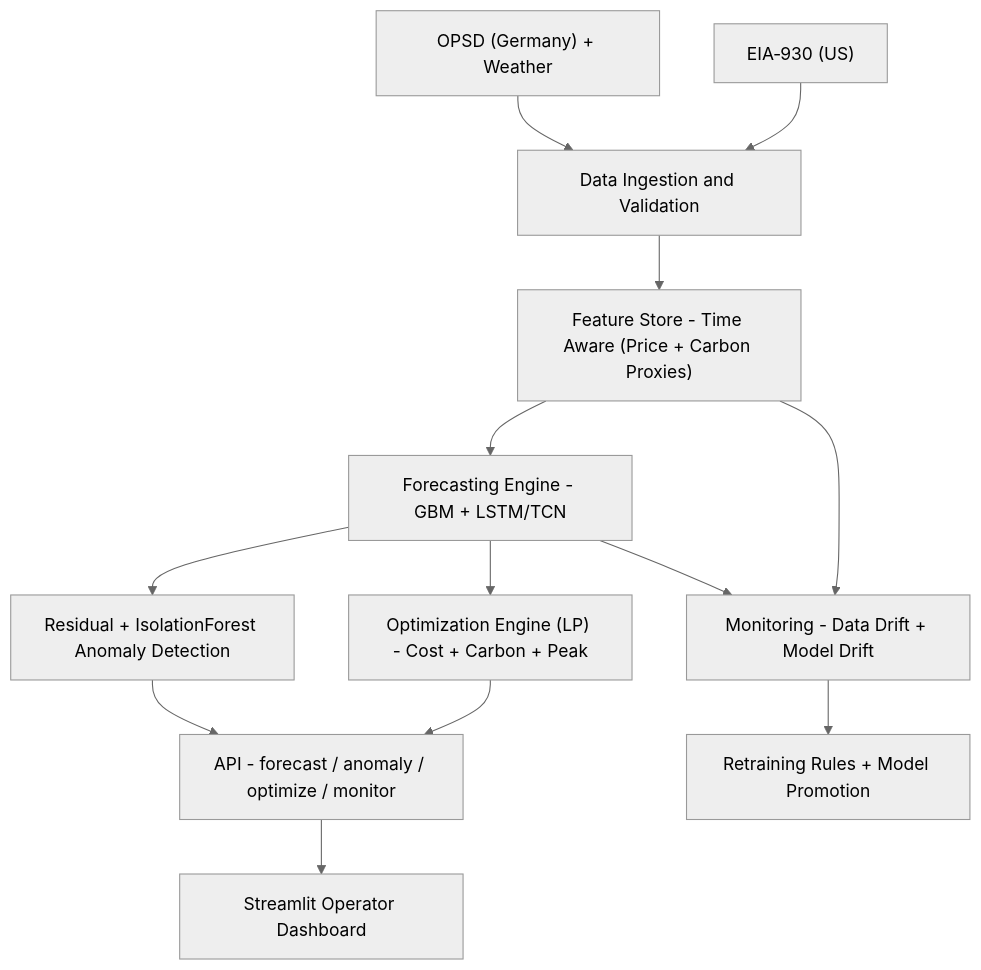
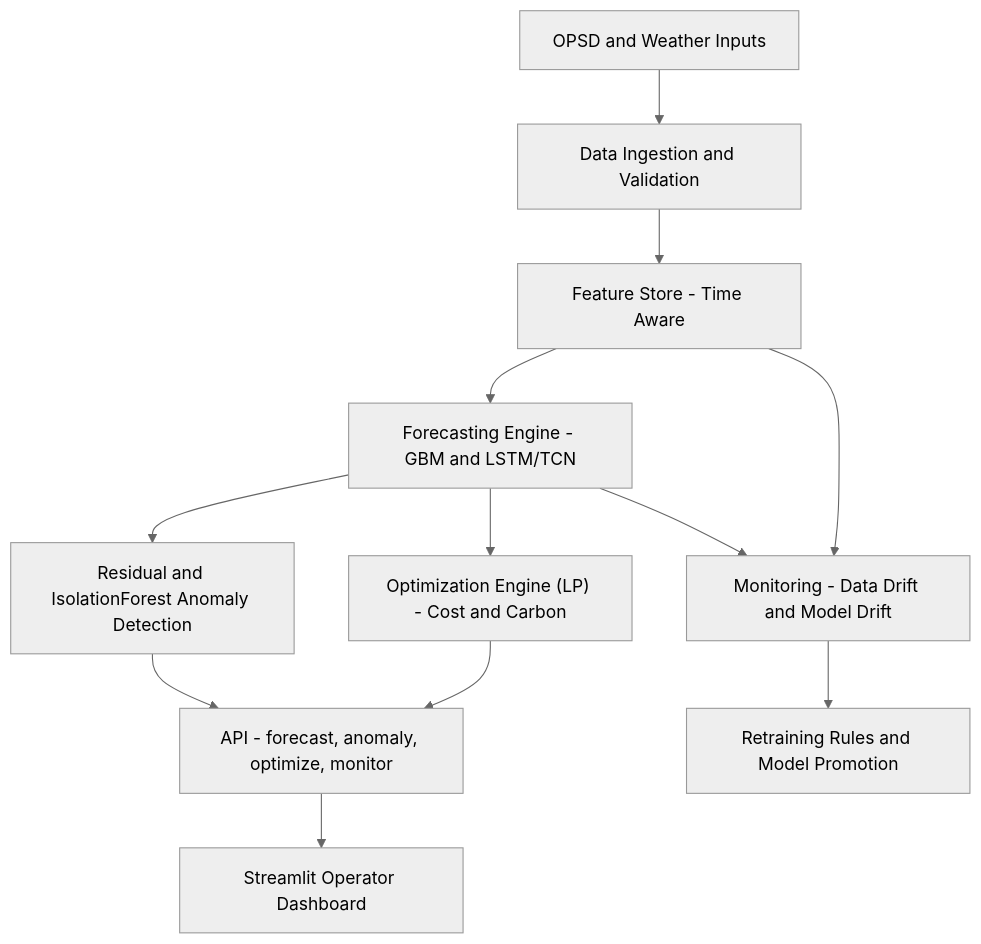
The diagram in README.md (Pratikn03/Capstone_Projects), drawn with Mermaid (neutral theme) before and after one commit. The commit also changed other lines of this file and 8 other files, not shown here.

````diff
--- a/README.md
+++ b/README.md
@@ -87,15 +49,14 @@
 ```mermaid
 flowchart TD
-  A["OPSD (Germany) + Weather"] --> B["Data Ingestion and Validation"]
-  A2["EIA‑930 (US)"] --> B
-  B --> C["Feature Store - Time Aware (Price + Carbon Proxies)"]
-  C --> D["Forecasting Engine - GBM + LSTM/TCN"]
-  D --> E["Residual + IsolationForest Anomaly Detection"]
-  D --> F["Optimization Engine (LP) - Cost + Carbon + Peak"]
-  E --> G["API - forecast / anomaly / optimize / monitor"]
+  A["OPSD and Weather Inputs"] --> B["Data Ingestion and Validation"]
+  B --> C["Feature Store - Time Aware"]
+  C --> D["Forecasting Engine - GBM and LSTM/TCN"]
+  D --> E["Residual and IsolationForest Anomaly Detection"]
+  D --> F["Optimization Engine (LP) - Cost and Carbon"]
+  E --> G["API - forecast, anomaly, optimize, monitor"]
   F --> G
   G --> H["Streamlit Operator Dashboard"]
-  C --> I["Monitoring - Data Drift + Model Drift"]
+  C --> I["Monitoring - Data Drift and Model Drift"]
   D --> I
-  I --> J["Retraining Rules + Model Promotion"]
+  I --> J["Retraining Rules and Model Promotion"]
 ```
````
